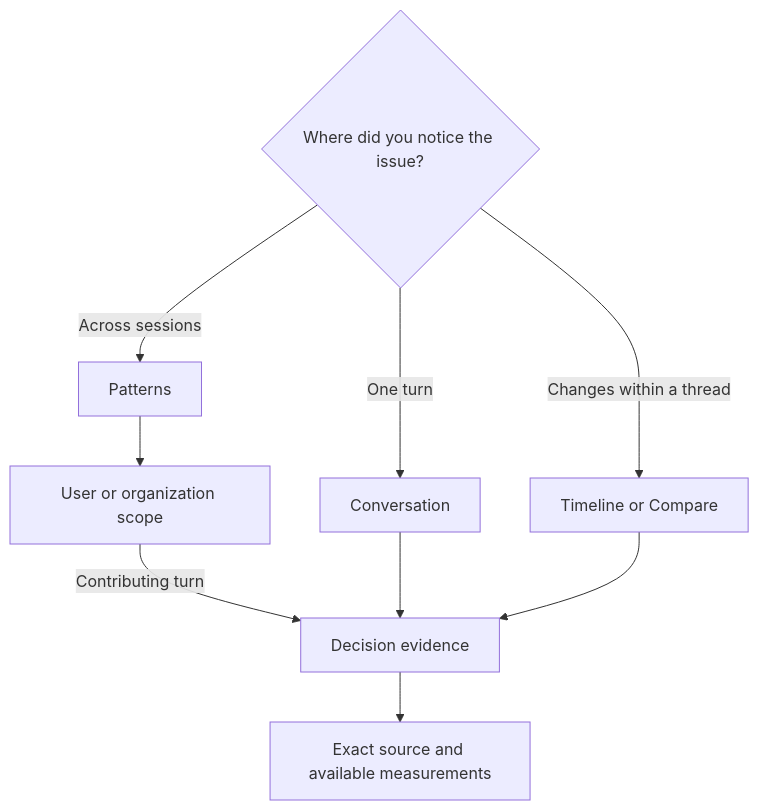
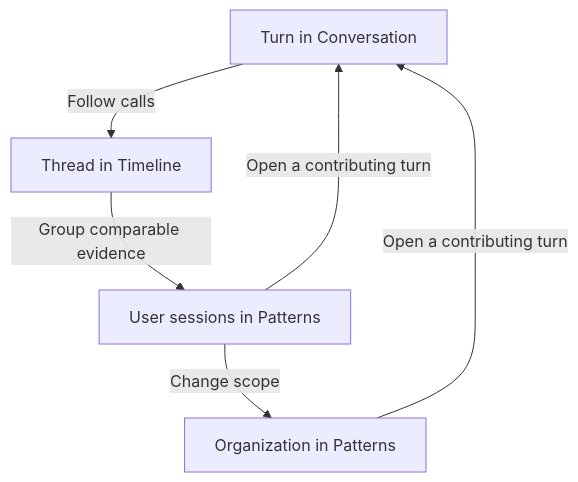
One commit to thakur-ro/A2Context changed the third of 3 diagrams in docs/architecture.md. Above: the diagram before and after it, drawn with Mermaid. The commit also changed other lines of this file and 4 other files, not shown here.

Commit message:
Document how context evidence moves across views

````diff
--- a/docs/architecture.md
+++ b/docs/architecture.md
@@ -79,14 +86,10 @@
 ```mermaid
 flowchart TD
-    accTitle: Choosing a view for an investigation
-    accDescr: Conversation, Timeline, and Patterns start from different scopes and lead to the same decision evidence.
-    Q{Where did you notice the issue?}
-    Q -->|One turn| C[Conversation]
-    Q -->|Changes within a thread| T[Timeline or Compare]
-    Q -->|Across sessions| P[Patterns]
-    P --> U[User or organization scope]
-    U -->|Contributing turn| E[Decision evidence]
-    C --> E
-    T --> E
-    E --> A[Exact source and available measurements]
+    accTitle: Follow the same evidence through four scopes
+    accDescr: Start with a turn, follow changes in its thread, and group comparable evidence across a user's sessions or an organization. Open a contributing turn to return to the exact evidence.
+    C[Turn in Conversation] -->|Follow calls| T[Thread in Timeline]
+    T -->|Group comparable evidence| U[User sessions in Patterns]
+    U -->|Change scope| O[Organization in Patterns]
+    U -->|Open a contributing turn| C
+    O -->|Open a contributing turn| C
 ```
````
